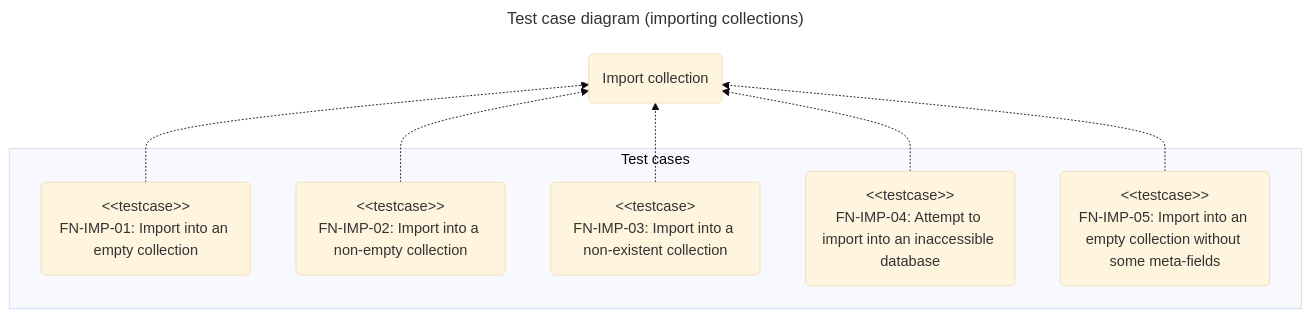
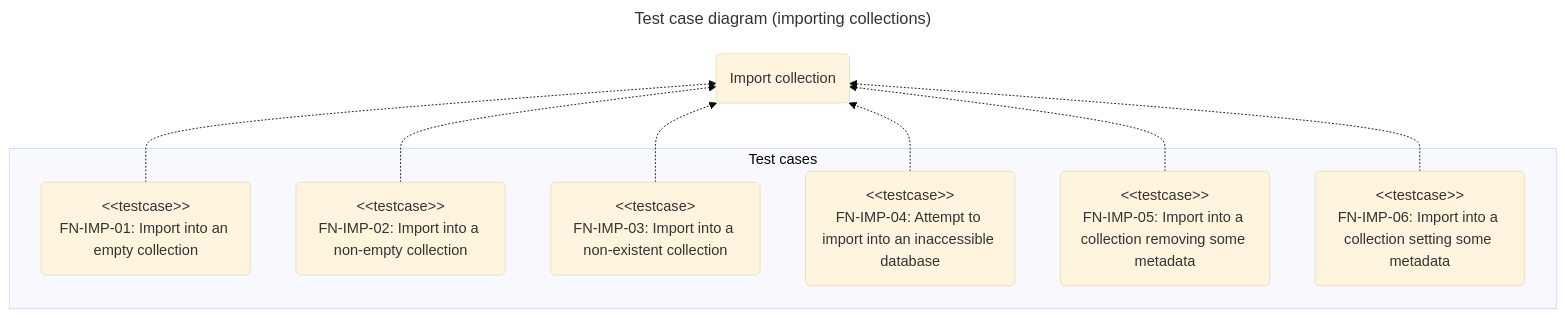
One commit to chromiodev/chromie-tool changed the third of 8 diagrams in docs/spec/tests/functional.en.md. Above: the diagram before and after it, drawn with Mermaid (base theme). The commit also changed other lines of this file and 8 other files, not shown here.

Commit message:
feat: added the "-m" option to "chromie imp" for setting metafields (#28)

````diff
--- a/docs/spec/tests/functional.en.md
+++ b/docs/spec/tests/functional.en.md
@@ -226,24 +226,26 @@
 ```mermaid
 ---
 title: Test case diagram (importing collections)
 config:
 ---
 
 graph BT
   %% use cases
   importColl@{ shape: "rounded", label: "Import collection" }
 
   subgraph "Test cases"
     importIntoEmptyColl@{ shape: "rounded", label: "#lt;#lt;testcase>><br>FN-IMP-01: Import into an empty collection" }
     importIntoNonEmptyColl@{ shape: "rounded", label: "#lt;#lt;testcase>><br>FN-IMP-02: Import into a non-empty collection" }
     importIntoNonExistingColl@{ shape: "rounded", label: "#lt;#lt;testcase><br>FN-IMP-03: Import into a non-existent collection" }
     importIntoUnknownServer@{ shape: "rounded", label: "#lt;#lt;testcase>><br>FN-IMP-04: Attempt to import into an inaccessible database" }
-    importIntoEmptyCollRemovingMetafields@{ shape: "rounded", label: "#lt;#lt;testcase>><br>FN-IMP-05: Import into an empty collection without some meta-fields" }
+    importIntoCollRemovingMetadata@{ shape: "rounded", label: "#lt;#lt;testcase>><br>FN-IMP-05: Import into a collection removing some metadata" }
+    importIntoCollSettingMetadata@{ shape: "rounded", label: "#lt;#lt;testcase>><br>FN-IMP-06: Import into a collection setting some metadata" }
   end
 
   importIntoEmptyColl -.-> importColl
   importIntoNonEmptyColl -.-> importColl
   importIntoNonExistingColl -.-> importColl
   importIntoUnknownServer -.-> importColl
-  importIntoEmptyCollRemovingMetafields -.-> importColl
+  importIntoCollRemovingMetadata -.-> importColl
+  importIntoCollSettingMetadata -.-> importColl
 ```
````
